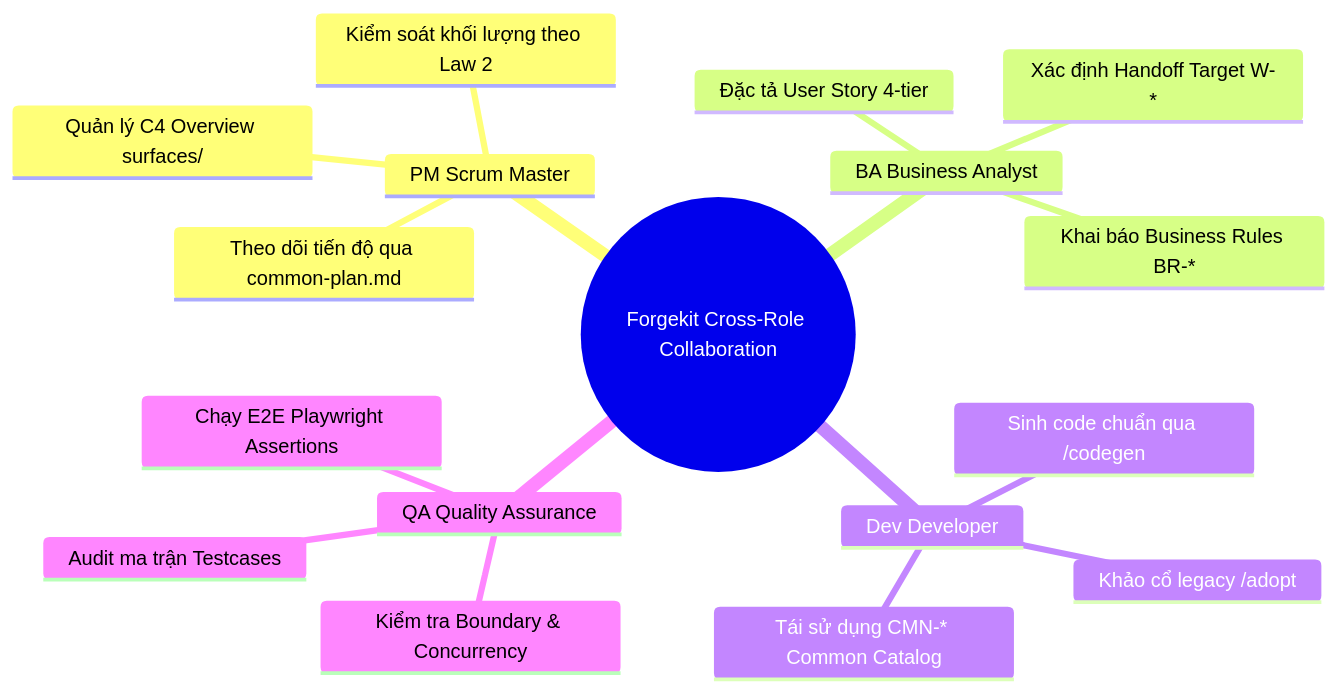
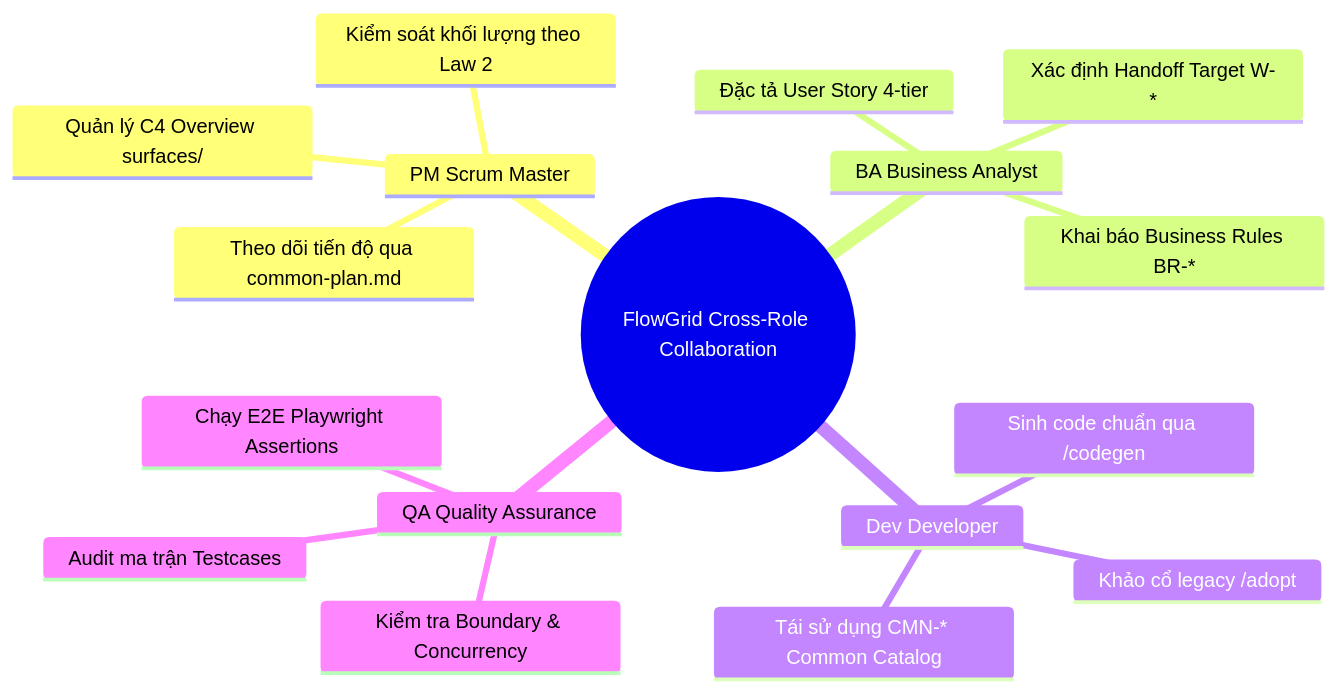
The diagram in README.md (ShanYuCoder/flowgrid), drawn with Mermaid before and after one commit. The commit also changed other lines of this file and 7 other files, not shown here.

````diff
--- a/README.md
+++ b/README.md
@@ -101,20 +111,20 @@
 ```mermaid
 mindmap
-  root((Forgekit Cross-Role Collaboration))
+  root((FlowGrid Cross-Role Collaboration))
     PM Scrum Master
       Quản lý C4 Overview surfaces/
       Theo dõi tiến độ qua common-plan.md
       Kiểm soát khối lượng theo Law 2
     BA Business Analyst
       Đặc tả User Story 4-tier
       Khai báo Business Rules BR-*
       Xác định Handoff Target W-*
     Dev Developer
       Khảo cổ legacy /adopt
       Tái sử dụng CMN-* Common Catalog
       Sinh code chuẩn qua /codegen
     QA Quality Assurance
       Audit ma trận Testcases
       Kiểm tra Boundary & Concurrency
       Chạy E2E Playwright Assertions
 ```
````
